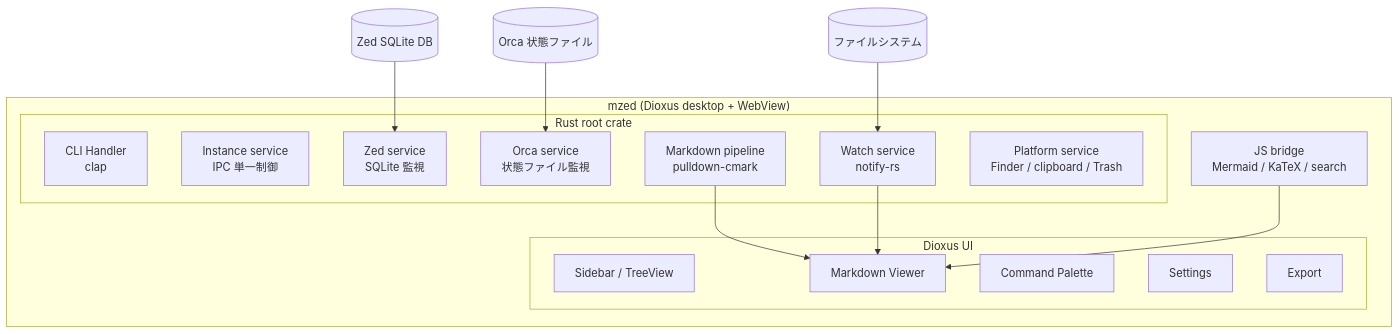
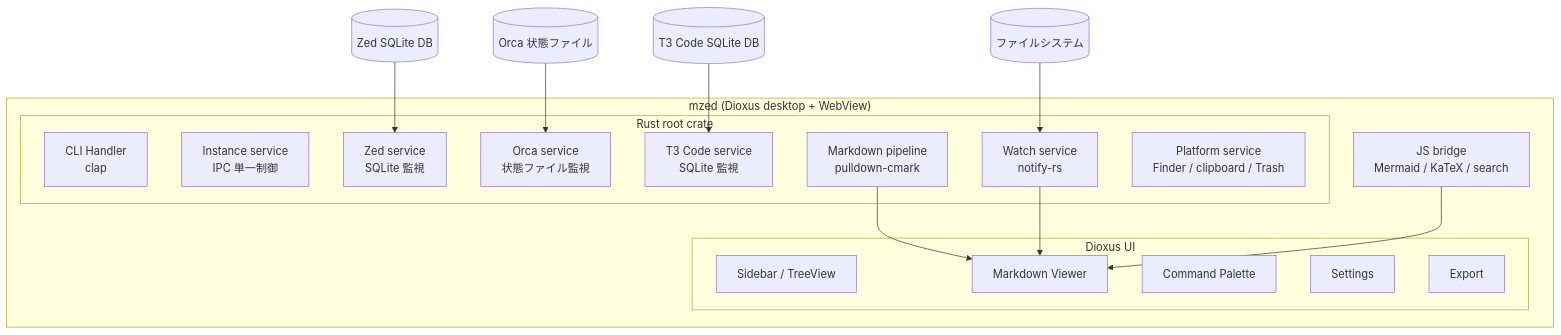
Before and after one commit to MizuRyu/mzed: the first of 5 diagrams in docs/specs/01-architecture.md, drawn with Mermaid. The commit also changed other lines of this file and 15 other files, not shown here.

````diff
--- a/docs/specs/01-architecture.md
+++ b/docs/specs/01-architecture.md
@@ -10,28 +10,30 @@
 ```mermaid
 graph TB
     subgraph "mzed (Dioxus desktop + WebView)"
         subgraph "Rust root crate"
             CLI[CLI Handler<br/>clap]
             IM[Instance service<br/>IPC 単一制御]
             ZM[Zed service<br/>SQLite 監視]
             OM[Orca service<br/>状態ファイル監視]
+            TM[T3 Code service<br/>SQLite 監視]
             FW[Watch service<br/>notify-rs]
             MD[Markdown pipeline<br/>pulldown-cmark]
             OS[Platform service<br/>Finder / clipboard / Trash]
         end
         subgraph "Dioxus UI"
             SB[Sidebar / TreeView]
             MR[Markdown Viewer]
             CP[Command Palette]
             ST[Settings]
             EX[Export]
         end
         UIJS[JS bridge<br/>Mermaid / KaTeX / search]
         MD --> MR
         FW --> MR
         UIJS --> MR
     end
     ZedDB[(Zed SQLite DB)] --> ZM
     OrcaFile[(Orca 状態ファイル)] --> OM
+    T3DB[(T3 Code SQLite DB)] --> TM
     FS[(ファイルシステム)] --> FW
 ```
````
